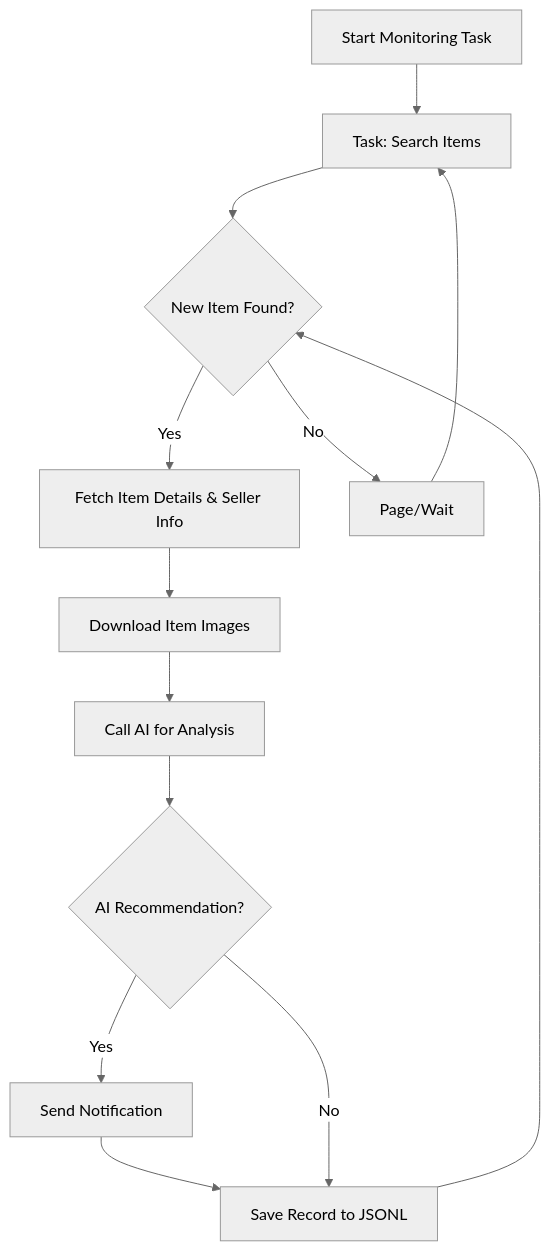
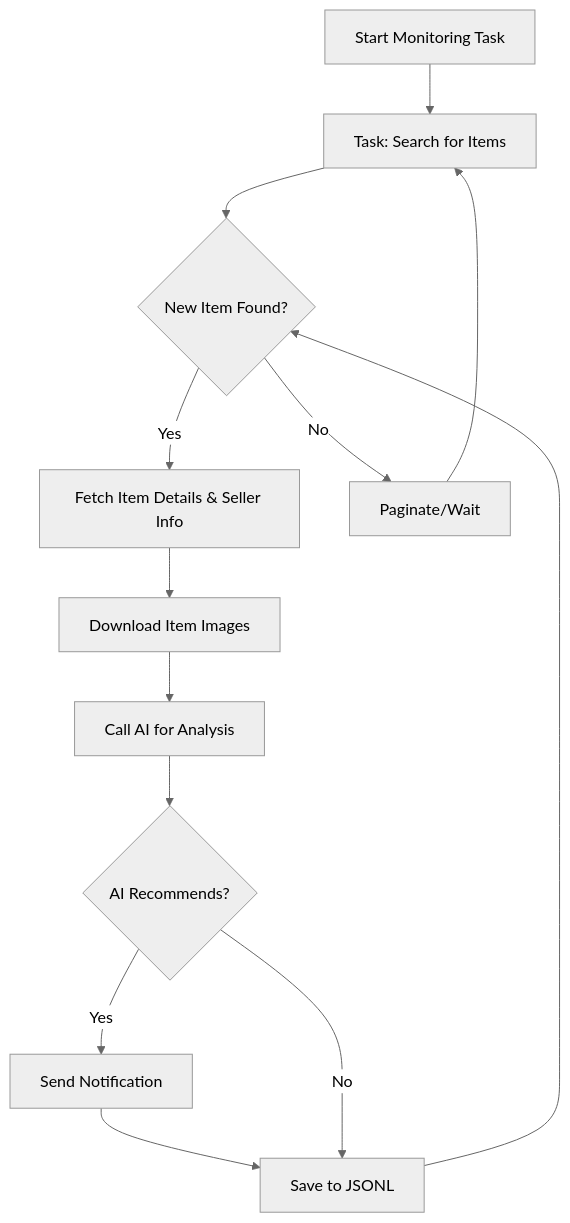
Before and after one commit to saurav-z/repo-docs: the diagram in docs/dingyufei615-ai-goofish-monitor.md, drawn with Mermaid (neutral theme). The commit also changed other lines of this file and 210 other files, not shown here.

````diff
--- a/docs/dingyufei615-ai-goofish-monitor.md
+++ b/docs/dingyufei615-ai-goofish-monitor.md
@@ -159,15 +152,15 @@
 ```mermaid
 graph TD
-    A[Start Monitoring Task] --> B[Task: Search Items];
+    A[Start Monitoring Task] --> B[Task: Search for Items];
     B --> C{New Item Found?};
     C -- Yes --> D[Fetch Item Details & Seller Info];
     D --> E[Download Item Images];
     E --> F[Call AI for Analysis];
-    F --> G{AI Recommendation?};
+    F --> G{AI Recommends?};
     G -- Yes --> H[Send Notification];
-    H --> I[Save Record to JSONL];
+    H --> I[Save to JSONL];
     G -- No --> I;
-    C -- No --> J[Page/Wait];
+    C -- No --> J[Paginate/Wait];
     J --> B;
     I --> C;
 ```
````
